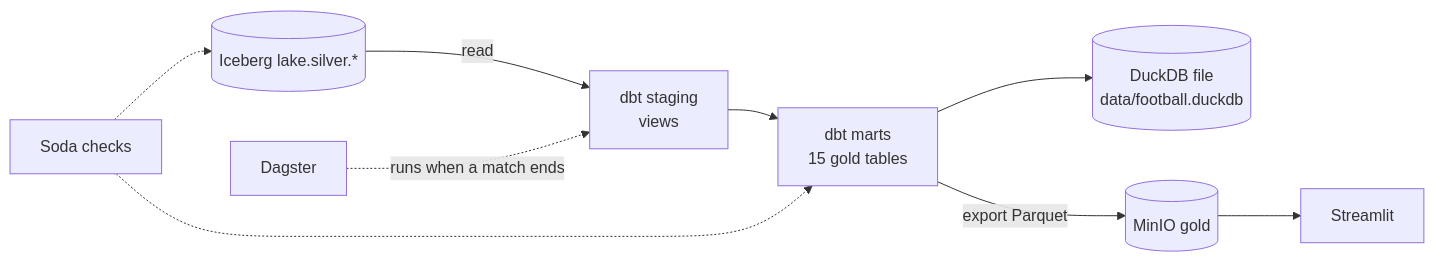
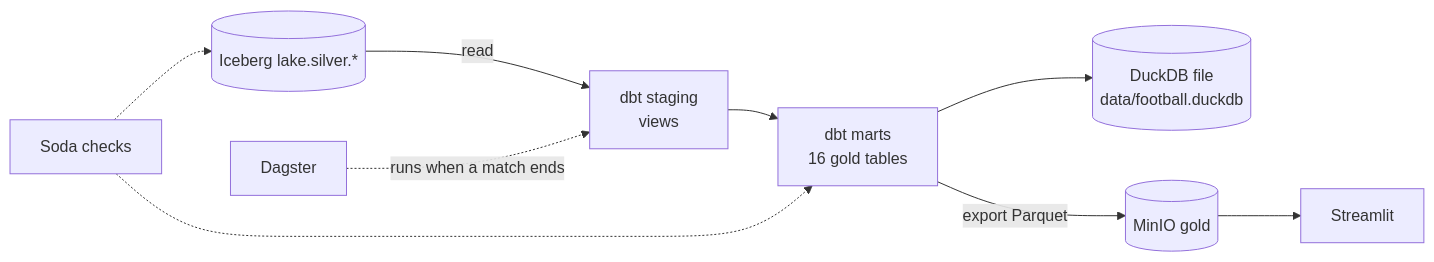
Before and after one commit to Anaximandr0s/football-data-platform: the diagram in docs/gold-guide.md, drawn with Mermaid. The commit also changed other lines of this file and 10 other files, not shown here.

````diff
--- a/docs/gold-guide.md
+++ b/docs/gold-guide.md
@@ -15,10 +15,10 @@
 ```mermaid
 flowchart LR
     S[(Iceberg lake.silver.*)] -->|read| ST[dbt staging<br/>views]
-    ST --> M[dbt marts<br/>15 gold tables]
+    ST --> M[dbt marts<br/>16 gold tables]
     M --> D[(DuckDB file<br/>data/football.duckdb)]
     M -->|export Parquet| G[(MinIO gold)]
     G --> A[Streamlit]
     SODA[Soda checks] -.-> S & M
     DAG[Dagster] -.->|runs when a match ends| ST
 ```
````
